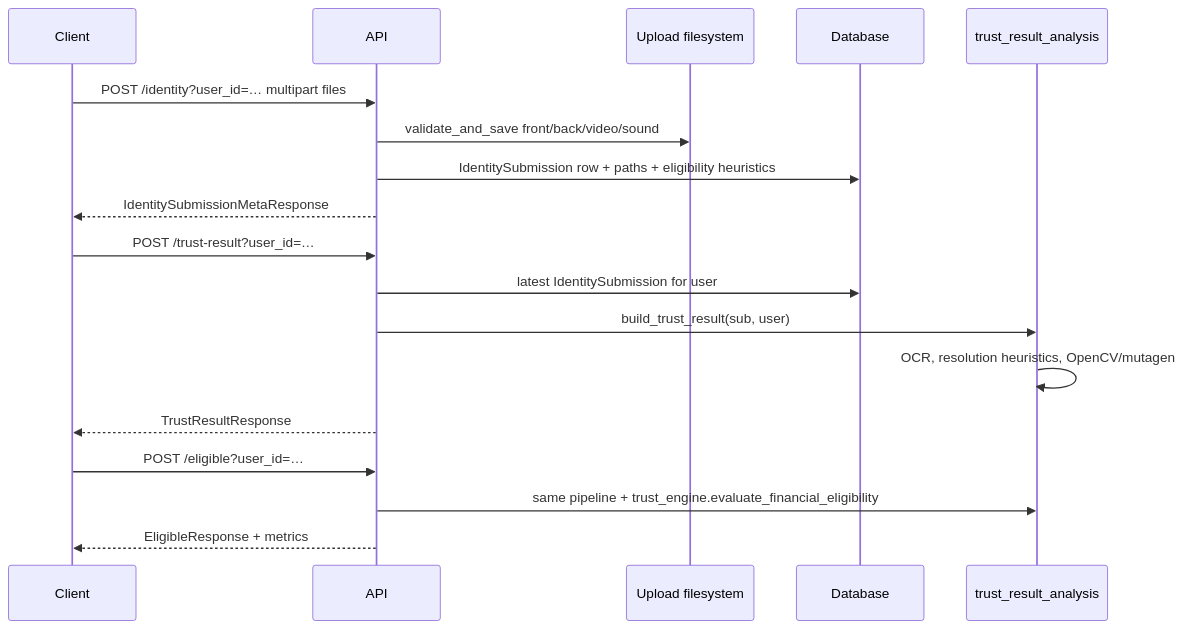
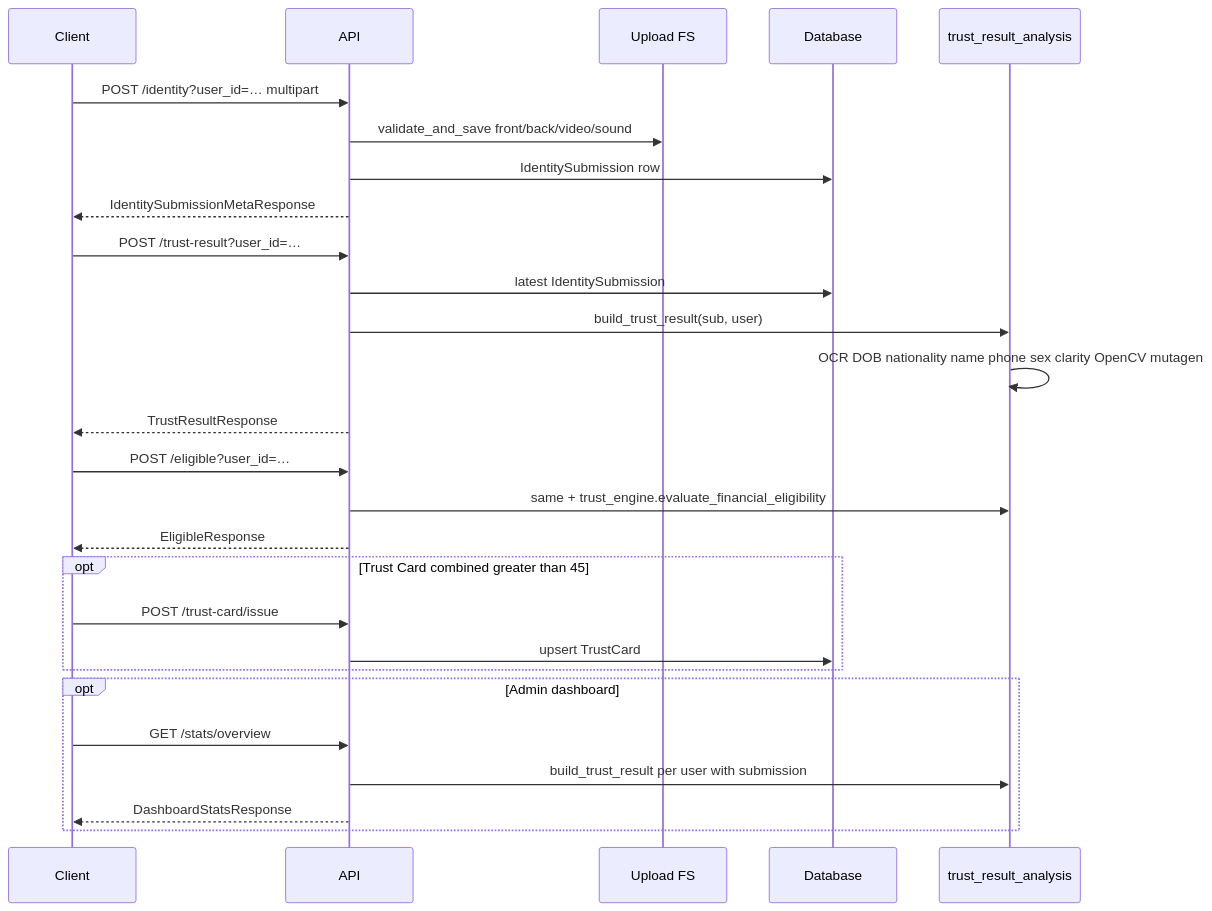
The seventh of 8 diagrams in docs/ARCHITECTURE.md (mikiashailu/TrustLens), drawn with Mermaid before and after one commit. The commit also changed other lines of this file and 39 other files, not shown here.

Commit message:
trust card functionaity added

````diff
--- a/docs/ARCHITECTURE.md
+++ b/docs/ARCHITECTURE.md
@@ -191,23 +247,34 @@
 ```mermaid
 sequenceDiagram
   participant C as Client
   participant A as API
-  participant FS as Upload filesystem
+  participant FS as Upload FS
   participant DB as Database
   participant T as trust_result_analysis
 
-  C->>A: POST /identity?user_id=… multipart files
+  C->>A: POST /identity?user_id=… multipart
   A->>FS: validate_and_save front/back/video/sound
-  A->>DB: IdentitySubmission row + paths + eligibility heuristics
+  A->>DB: IdentitySubmission row
   A-->>C: IdentitySubmissionMetaResponse
 
   C->>A: POST /trust-result?user_id=…
-  A->>DB: latest IdentitySubmission for user
+  A->>DB: latest IdentitySubmission
   A->>T: build_trust_result(sub, user)
-  T->>T: OCR, resolution heuristics, OpenCV/mutagen
+  T->>T: OCR DOB nationality name phone sex clarity OpenCV mutagen
   A-->>C: TrustResultResponse
 
   C->>A: POST /eligible?user_id=…
-  A->>T: same pipeline + trust_engine.evaluate_financial_eligibility
-  A-->>C: EligibleResponse + metrics
+  A->>T: same + trust_engine.evaluate_financial_eligibility
+  A-->>C: EligibleResponse
+
+  opt Trust Card combined greater than 45
+    C->>A: POST /trust-card/issue
+    A->>DB: upsert TrustCard
+  end
+
+  opt Admin dashboard
+    C->>A: GET /stats/overview
+    A->>T: build_trust_result per user with submission
+    A-->>C: DashboardStatsResponse
+  end
 ```
````
